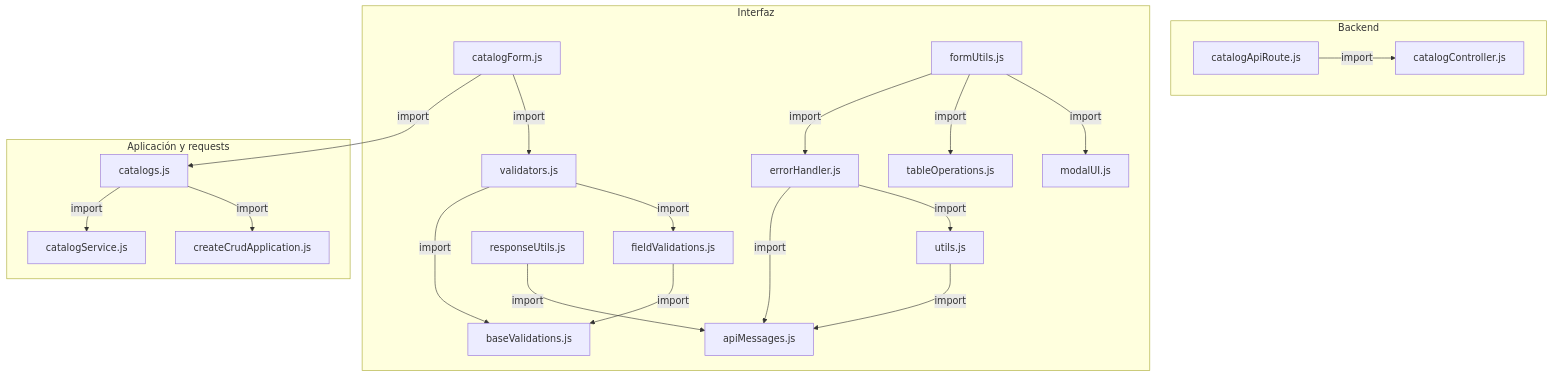
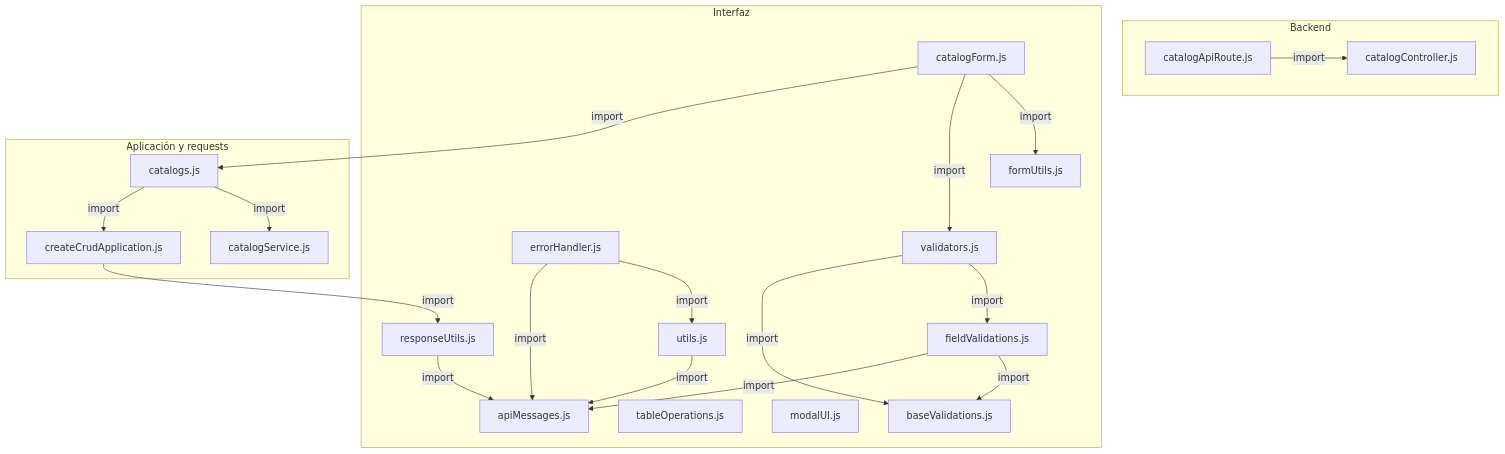
The first of 3 diagrams in docs/architecture/views/processes/frontend-code-sequences/catalogs/cu-cat-23.md (gpgsistemas01/nexus), drawn with Mermaid before and after one commit. The commit also changed other lines of this file and 200 other files, not shown here.

````diff
--- a/docs/architecture/views/processes/frontend-code-sequences/catalogs/cu-cat-23.md
+++ b/docs/architecture/views/processes/frontend-code-sequences/catalogs/cu-cat-23.md
@@ -55,40 +55,40 @@
 ```mermaid
 flowchart TB
     subgraph Component0["Backend"]
         FileCatalogController["catalogController.js"]
         Transport["catalogApiRoute.js"]
     end
     subgraph Component1["Interfaz"]
         FileErrorHandler["errorHandler.js"]
         FileUtils["utils.js"]
         FileApiMessages["apiMessages.js"]
         View["catalogForm.js"]
         FileTableOperations["tableOperations.js"]
         FileModalUI["modalUI.js"]
         FormUtils["formUtils.js"]
         FileResponseUtils["responseUtils.js"]
         FileBaseValidations["baseValidations.js"]
         FileFieldValidations["fieldValidations.js"]
         FileValidators["validators.js"]
     end
     subgraph Component2["Aplicación y requests"]
         FileCatalogs["catalogs.js"]
         Application["createCrudApplication.js"]
         Request["catalogService.js"]
     end
+    Application -->|import| FileResponseUtils
+    FileCatalogs -->|import| Application
+    FileCatalogs -->|import| Request
     FileErrorHandler -->|import| FileApiMessages
     FileErrorHandler -->|import| FileUtils
+    FileFieldValidations -->|import| FileApiMessages
+    FileFieldValidations -->|import| FileBaseValidations
+    FileResponseUtils -->|import| FileApiMessages
     FileUtils -->|import| FileApiMessages
-    FileCatalogs -->|import| Request
-    FileCatalogs -->|import| Application
-    View -->|import| FileCatalogs
-    View -->|import| FileValidators
-    FormUtils -->|import| FileErrorHandler
-    FormUtils -->|import| FileTableOperations
-    FormUtils -->|import| FileModalUI
-    FileResponseUtils -->|import| FileApiMessages
-    FileFieldValidations -->|import| FileBaseValidations
     FileValidators -->|import| FileBaseValidations
     FileValidators -->|import| FileFieldValidations
     Transport -->|import| FileCatalogController
+    View -->|import| FileCatalogs
+    View -->|import| FileValidators
+    View -->|import| FormUtils
 ```
````
